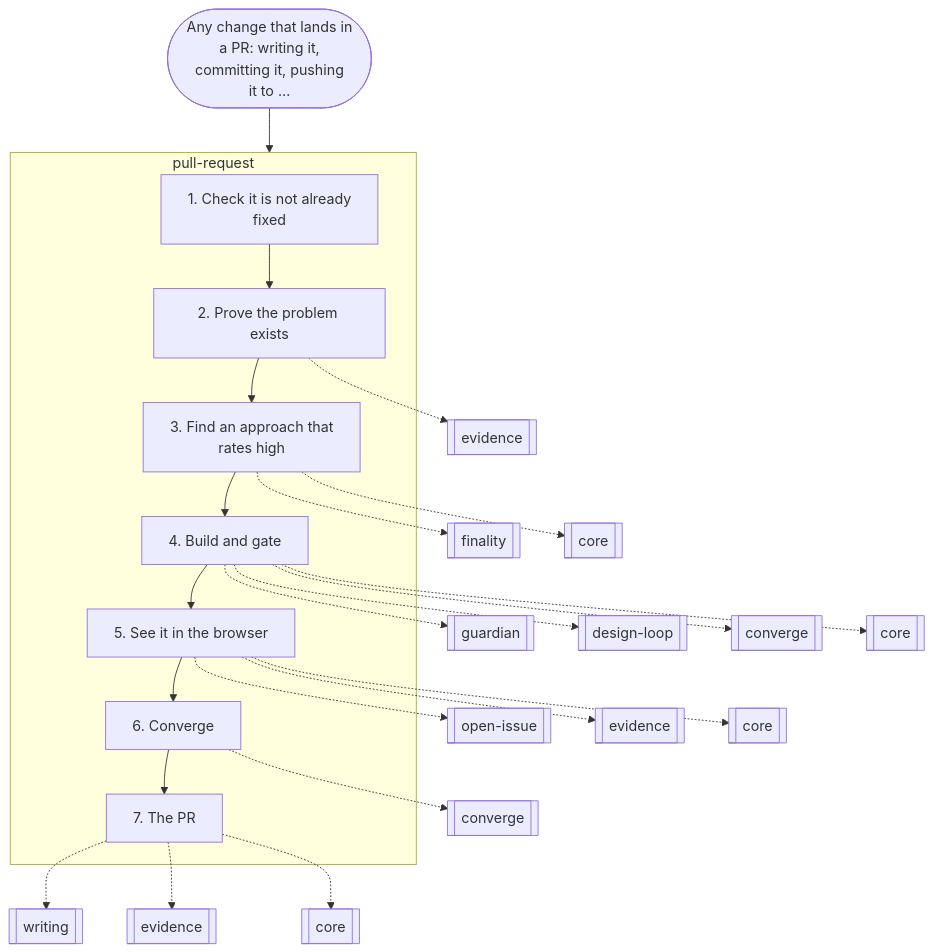
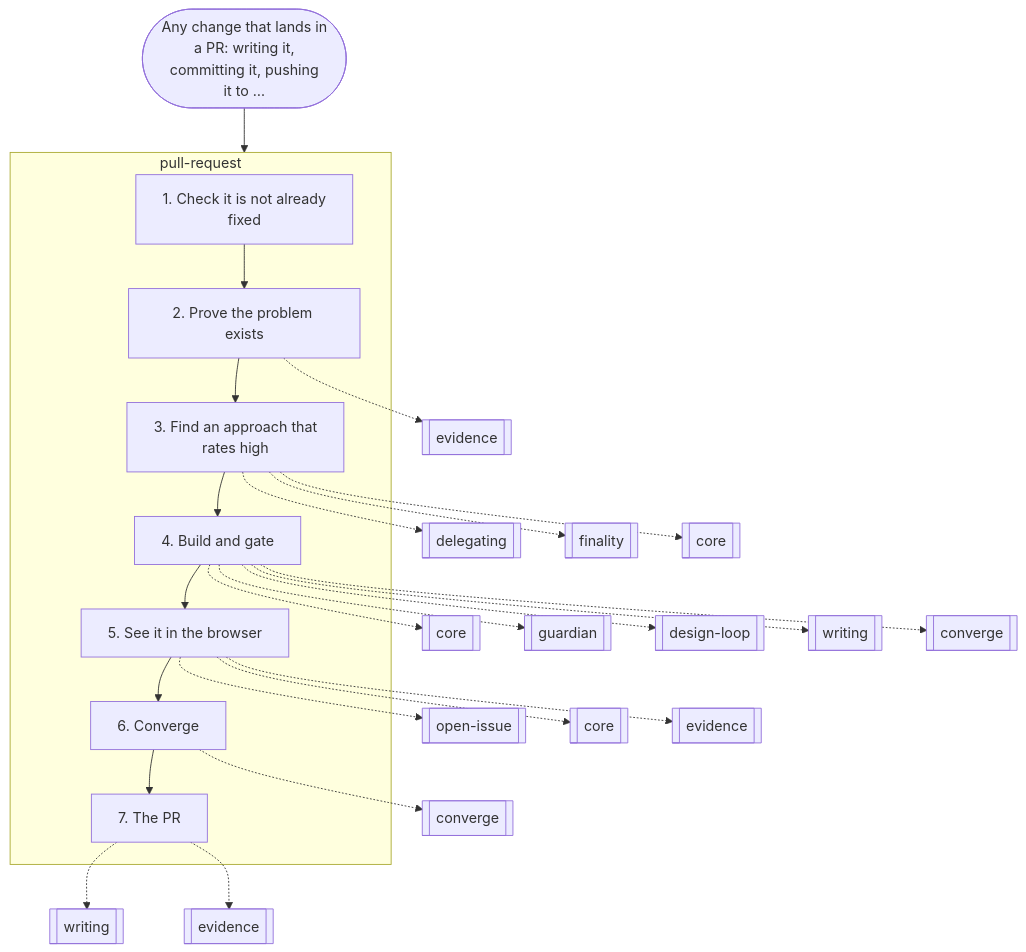
One commit to nitedani/mergeworthy changed the seventh of 17 diagrams in docs/graphs.md. Above: the diagram before and after it, drawn with Mermaid. The commit also changed other lines of this file and 19 other files, not shown here.

````diff
--- a/docs/graphs.md
+++ b/docs/graphs.md
@@ -203,34 +206,35 @@
 ```mermaid
 flowchart TB
   start(["Any change that lands in<br/>a PR: writing it,<br/>committing it, pushing<br/>it to …"])
   subgraph g0["pull-request"]
     s0["1. Check it is not already<br/>fixed"]
     s1["2. Prove the problem exists"]
     s0 --> s1
     s2["3. Find an approach that<br/>rates high"]
     s1 --> s2
     s3["4. Build and gate"]
     s2 --> s3
     s4["5. See it in the browser"]
     s3 --> s4
     s5["6. Converge"]
     s4 --> s5
     s6["7. The PR"]
     s5 --> s6
   end
   s1 -.-> r1[["evidence"]]
-  s2 -.-> r2[["finality"]]
-  s2 -.-> r3[["core"]]
-  s3 -.-> r4[["guardian"]]
-  s3 -.-> r5[["design-loop"]]
-  s3 -.-> r6[["converge"]]
-  s3 -.-> r7[["core"]]
-  s4 -.-> r8[["open-issue"]]
-  s4 -.-> r9[["evidence"]]
-  s4 -.-> r10[["core"]]
-  s5 -.-> r11[["converge"]]
-  s6 -.-> r12[["writing"]]
-  s6 -.-> r13[["evidence"]]
-  s6 -.-> r14[["core"]]
+  s2 -.-> r2[["delegating"]]
+  s2 -.-> r3[["finality"]]
+  s2 -.-> r4[["core"]]
+  s3 -.-> r5[["core"]]
+  s3 -.-> r6[["guardian"]]
+  s3 -.-> r7[["design-loop"]]
+  s3 -.-> r8[["writing"]]
+  s3 -.-> r9[["converge"]]
+  s4 -.-> r10[["open-issue"]]
+  s4 -.-> r11[["core"]]
+  s4 -.-> r12[["evidence"]]
+  s5 -.-> r13[["converge"]]
+  s6 -.-> r14[["writing"]]
+  s6 -.-> r15[["evidence"]]
   start --> g0
 ```
````
